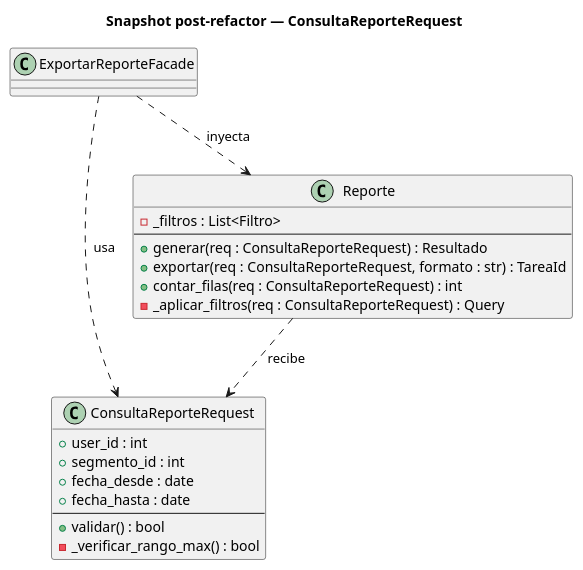
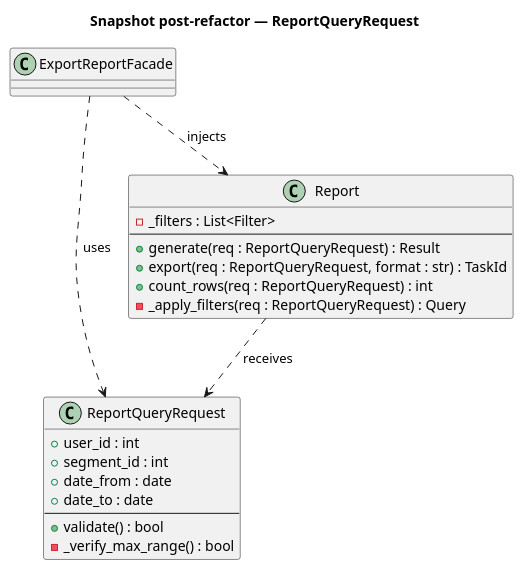
The diagram in source/requisitos/_metodologia-aplicacion/relaciones-uml/aplicacion-a-iact-consultareporterequest.rst (jcg-admin/IACT-docs), drawn with PlantUML before and after one commit. The commit also changed 19 other files, not shown here.

First line of the commit message:
Translate identifiers in B-C relaciones-uml/ (T-011..T-030)

```diff
--- a/source/requisitos/_metodologia-aplicacion/relaciones-uml/aplicacion-a-iact-consultareporterequest.rst
+++ b/source/requisitos/_metodologia-aplicacion/relaciones-uml/aplicacion-a-iact-consultareporterequest.rst
@@ -21,30 +21,30 @@
 .. uml::
 
    @startuml
-   title Snapshot post-refactor — ConsultaReporteRequest
+   title Snapshot post-refactor — ReportQueryRequest
 
-   class ConsultaReporteRequest {
+   class ReportQueryRequest {
      + user_id : int
-     + segmento_id : int
-     + fecha_desde : date
-     + fecha_hasta : date
+     + segment_id : int
+     + date_from : date
+     + date_to : date
      --
-     + validar() : bool
-     - _verificar_rango_max() : bool
+     + validate() : bool
+     - _verify_max_range() : bool
    }
 
-   class Reporte {
-     - _filtros : List<Filtro>
+   class Report {
+     - _filters : List<Filter>
      --
-     + generar(req : ConsultaReporteRequest) : Resultado
-     + exportar(req : ConsultaReporteRequest, formato : str) : TareaId
-     + contar_filas(req : ConsultaReporteRequest) : int
-     - _aplicar_filtros(req : ConsultaReporteRequest) : Query
+     + generate(req : ReportQueryRequest) : Result
+     + export(req : ReportQueryRequest, format : str) : TaskId
+     + count_rows(req : ReportQueryRequest) : int
+     - _apply_filters(req : ReportQueryRequest) : Query
    }
 
-   class ExportarReporteFacade
+   class ExportReportFacade
 
-   ExportarReporteFacade ..> ConsultaReporteRequest : usa
-   ExportarReporteFacade ..> Reporte : inyecta
-   Reporte ..> ConsultaReporteRequest : recibe
+   ExportReportFacade ..> ReportQueryRequest : uses
+   ExportReportFacade ..> Report : injects
+   Report ..> ReportQueryRequest : receives
    @enduml
```
